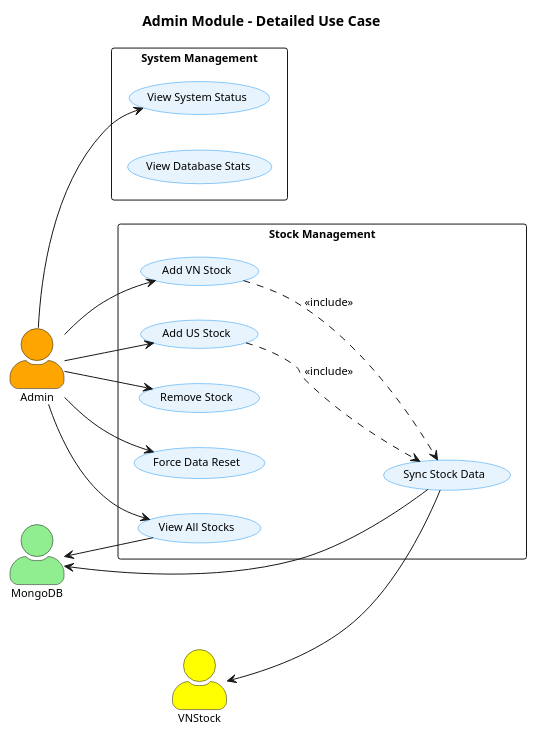
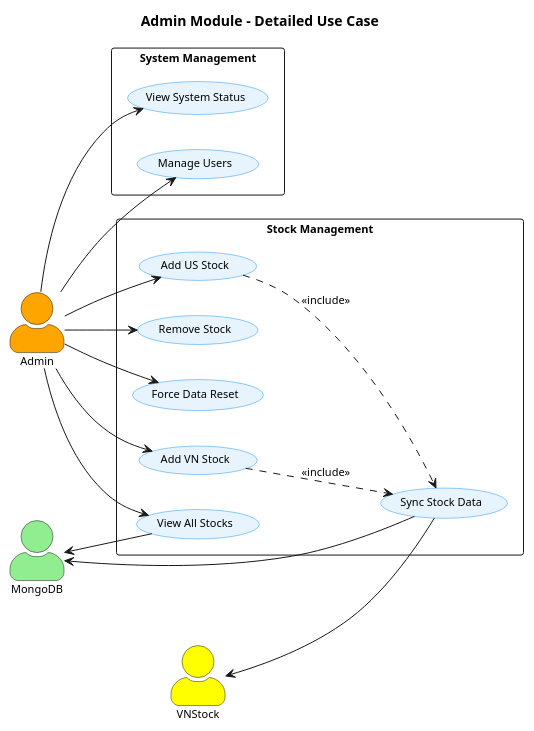
The diagram in user-case-diagram/08-admin-use-case.puml (enel2906/graduation-thesis-diagram), drawn with PlantUML before and after one commit.

Commit message:
update use case diagram

```diff
--- a/user-case-diagram/08-admin-use-case.puml
+++ b/user-case-diagram/08-admin-use-case.puml
@@ -1,45 +1,46 @@
 @startuml Admin Module Use Case
 skinparam backgroundColor white
 skinparam actorStyle awesome
 skinparam defaultFontName Arial
 skinparam defaultFontSize 11
 skinparam usecaseBackgroundColor #E8F4FD
 skinparam usecaseBorderColor #2196F3
 
 title Admin Module - Detailed Use Case
 
 left to right direction
 
 actor "Admin" as Admin #Orange
 actor "MongoDB" as MongoDB #LightGreen
 actor "VNStock" as VNStock #Yellow
 
 rectangle "Stock Management" {
     usecase "View All Stocks" as UC1
     usecase "Add VN Stock" as UC2
     usecase "Add US Stock" as UC3
     usecase "Remove Stock" as UC4
     usecase "Sync Stock Data" as UC5
     usecase "Force Data Reset" as UC6
     
     UC2 ..> UC5 : <<include>>
     UC3 ..> UC5 : <<include>>
 }
 
 rectangle "System Management" {
     usecase "View System Status" as UC10
-    usecase "View Database Stats" as UC11
+    usecase "Manage Users" as UC11
 }
 
 Admin --> UC1
 Admin --> UC2
 Admin --> UC3
 Admin --> UC4
 Admin --> UC6
 Admin --> UC10
+Admin --> UC11
 
 MongoDB <-- UC1
 MongoDB <-- UC5
 VNStock <-- UC5
 
 @enduml
```
